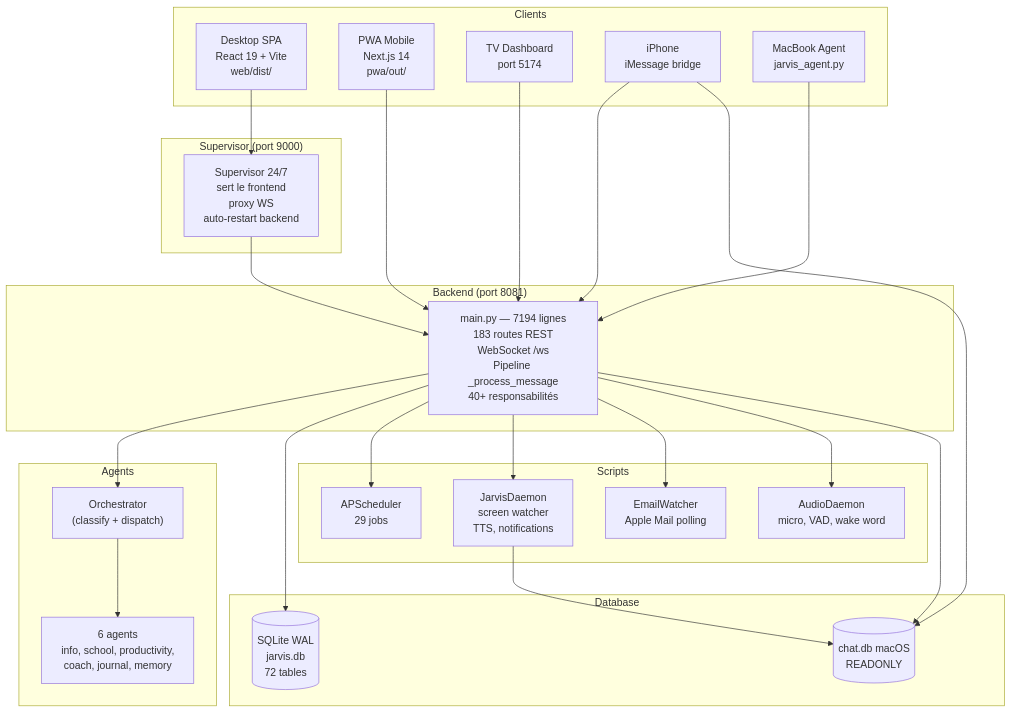
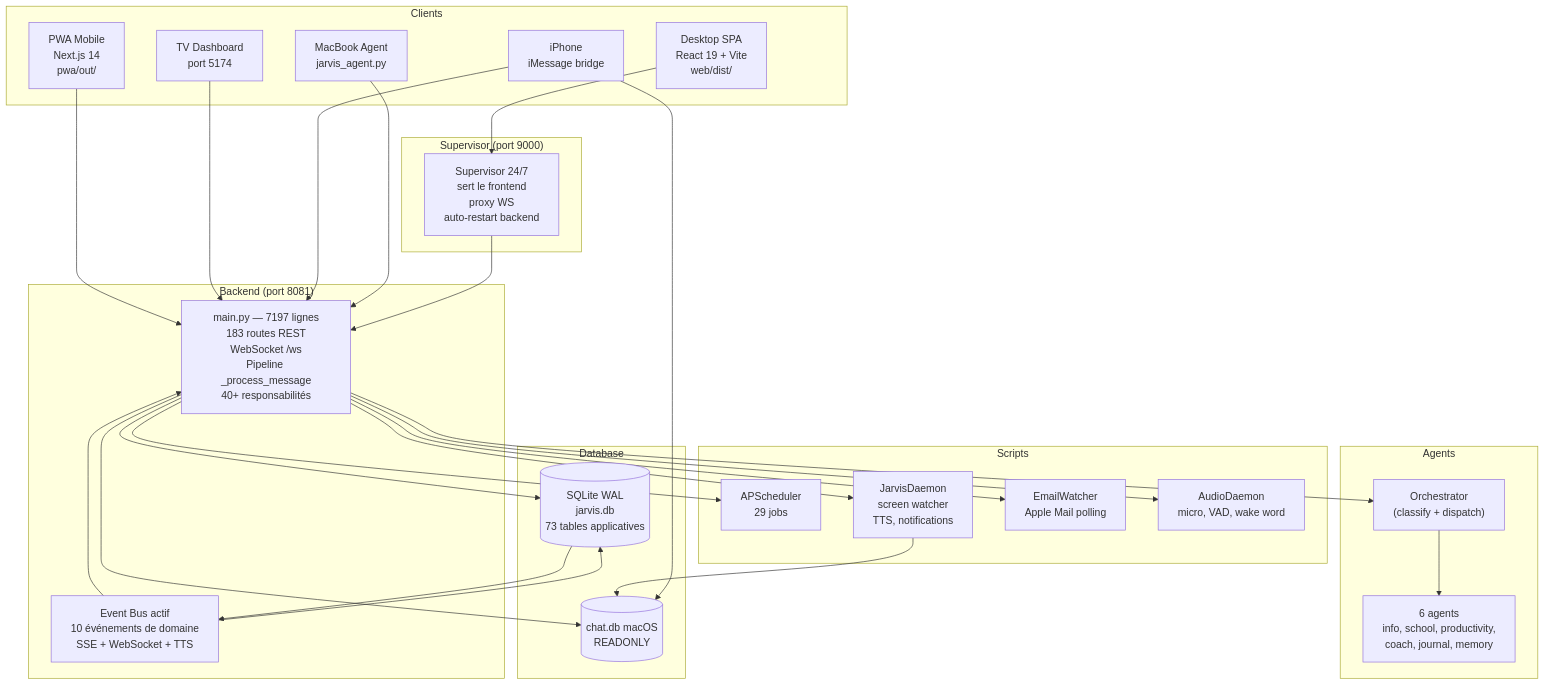
One commit to AVTAVANTTOUT2/JarvisAPI changed the first of 2 diagrams in Architecture/INDEX.md. Above: the diagram before and after it, drawn with Mermaid. The commit also changed other lines of this file and 21 other files, not shown here.

Commit message:
docs: close phase 3 event bus

````diff
--- a/Architecture/INDEX.md
+++ b/Architecture/INDEX.md
@@ -94,52 +97,56 @@
 ```mermaid
 graph TB
     subgraph "Clients"
         DESKTOP["Desktop SPA<br/>React 19 + Vite<br/>web/dist/"]
         MOBILE["PWA Mobile<br/>Next.js 14<br/>pwa/out/"]
         TV["TV Dashboard<br/>port 5174"]
         IMESSAGE["iPhone<br/>iMessage bridge"]
         AGENT["MacBook Agent<br/>jarvis_agent.py"]
     end
 
     subgraph "Supervisor (port 9000)"
         SUP["Supervisor 24/7<br/>sert le frontend<br/>proxy WS<br/>auto-restart backend"]
     end
 
     subgraph "Backend (port 8081)"
-        MAIN["main.py — 7194 lignes<br/>183 routes REST<br/>WebSocket /ws<br/>Pipeline _process_message<br/>40+ responsabilités"]
+        MAIN["main.py — 7197 lignes<br/>183 routes REST<br/>WebSocket /ws<br/>Pipeline _process_message<br/>40+ responsabilités"]
+        BUS["Event Bus actif<br/>10 événements de domaine<br/>SSE + WebSocket + TTS"]
     end
 
     subgraph "Agents"
         ORCH["Orchestrator<br/>(classify + dispatch)"]
         AG["6 agents<br/>info, school, productivity,<br/>coach, journal, memory"]
     end
 
     subgraph "Database"
-        DB[(SQLite WAL<br/>jarvis.db<br/>72 tables)]
+        DB[(SQLite WAL<br/>jarvis.db<br/>73 tables applicatives)]
         CHATDB[(chat.db macOS<br/>READONLY)]
     end
 
     subgraph "Scripts"
         SCHED["APScheduler<br/>29 jobs"]
         DAEMON["JarvisDaemon<br/>screen watcher<br/>TTS, notifications"]
         EMAILW["EmailWatcher<br/>Apple Mail polling"]
         AUDIOD["AudioDaemon<br/>micro, VAD, wake word"]
     end
 
     DESKTOP --> SUP
     MOBILE --> MAIN
     TV --> MAIN
     IMESSAGE --> MAIN
     AGENT --> MAIN
     SUP --> MAIN
     MAIN --> ORCH
     ORCH --> AG
     MAIN --> DB
+    DB --> BUS
+    BUS --> DB
+    BUS --> MAIN
     MAIN --> SCHED
     MAIN --> DAEMON
     MAIN --> EMAILW
     MAIN --> AUDIOD
     DAEMON --> CHATDB
     IMESSAGE --> CHATDB
     MAIN --> CHATDB
 ```
````
